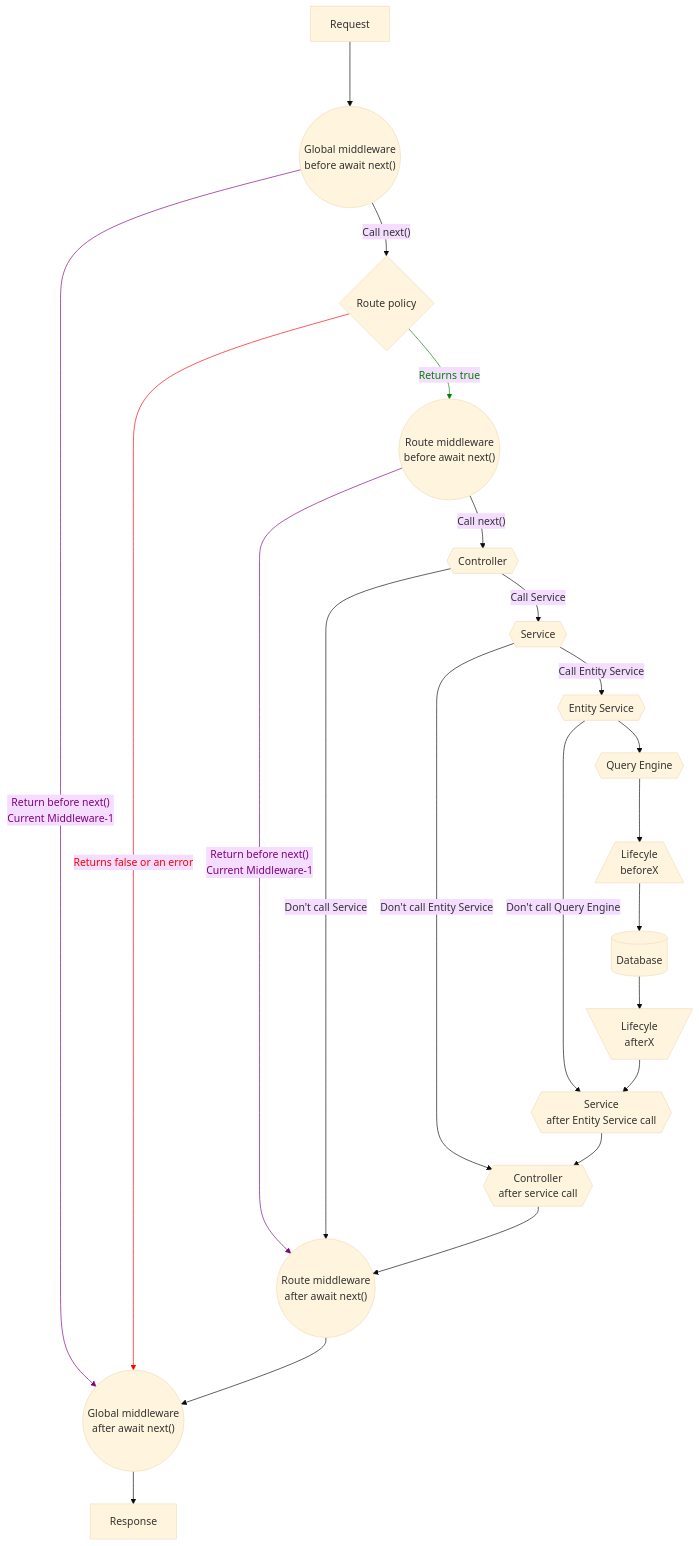
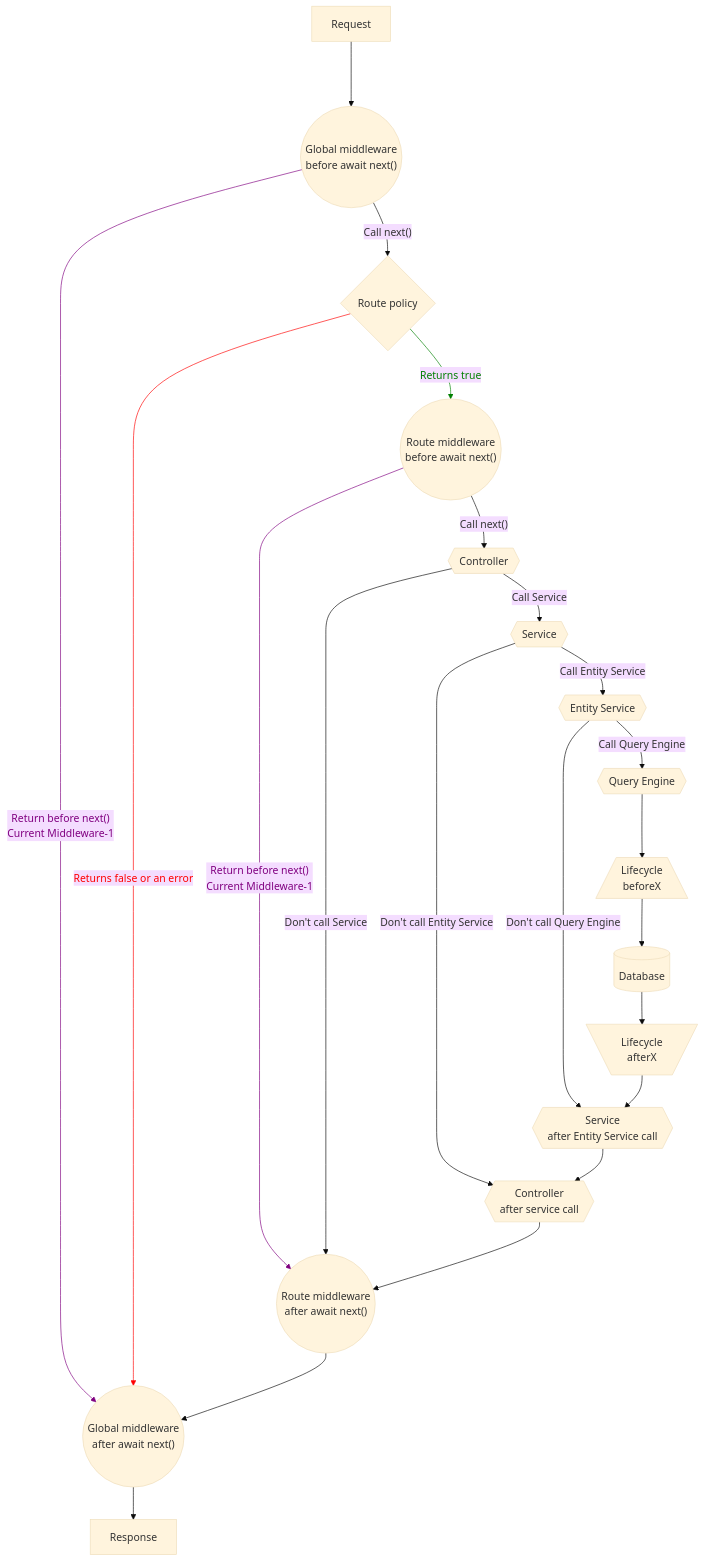
Before and after one commit to strapi/documentation: the diagram in docusaurus/docs/dev-docs/backend-customization.md, drawn with Mermaid (base theme).

Commit message:
Fix diagram text

````diff
--- a/docusaurus/docs/dev-docs/backend-customization.md
+++ b/docusaurus/docs/dev-docs/backend-customization.md
@@ -40,44 +40,44 @@
 ```mermaid
 graph TB
     request[Request] ---> globalMiddlewareA(("Global middleware<br/>before await next()"))
     globalMiddlewareA --"Call next()"--> routePolicy{Route policy}
     globalMiddlewareA --"Return before next()<br> Current Middleware-1"-->globalMiddlewareB
     routePolicy --Returns true--> routeMiddlewareA(("Route middleware<br/>before await next()"))
     routePolicy --Returns false or an error-->globalMiddlewareB
     routeMiddlewareA --"Return before next()<br> Current Middleware-1"-->routeMiddlewareB
     routeMiddlewareA --"Call next()"--> controllerA{{Controller}}
     controllerA --"Call Service"--> serviceA{{Service}}
     controllerA --"Don't call Service" --> routeMiddlewareB
     serviceA --"Call Entity Service" --> entityService{{Entity Service}}
     serviceA --"Don't call Entity Service" --> controllerB
-    entityService --> queryEngineA{{Query Engine}}
+    entityService --"Call Query Engine"--> queryEngine{{Query Engine}}
     entityService --"Don't call Query Engine" --> serviceB
-    queryEngineA --> lifecyclesBefore[/Lifecyle<br> beforeX\] 
-    lifecyclesBefore[/Lifecyle<br> beforeX\] --> database[(Database)]
-    database --> lifecyclesAfter[\Lifecyle<br> afterX/]
+    queryEngine --> lifecyclesBefore[/Lifecycle<br> beforeX\] 
+    lifecyclesBefore[/Lifecycle<br> beforeX\] --> database[(Database)]
+    database --> lifecyclesAfter[\Lifecycle<br> afterX/]
     lifecyclesAfter --> serviceB{{"Service<br/>after Entity Service call"}}
     serviceB --> controllerB{{"Controller<br/>after service call"}}
     controllerB --> routeMiddlewareB(("Route middleware<br/>after await next()"))
     routeMiddlewareB --> globalMiddlewareB(("Global middleware<br/>after await next()"))
     globalMiddlewareB --> response[Response]
     linkStyle 3 stroke:green,color:green
     linkStyle 4 stroke:red,color:red
     linkStyle 2 stroke:purple,color:purple
     linkStyle 5 stroke:purple,color:purple
     click request "/dev-docs/backend-customization/requests-responses"
     click globalMiddlewareA "/dev-docs/backend-customization/middlewares"
     click globalMiddlewareB "/dev-docs/backend-customization/middlewares"
     click routePolicy "/dev-docs/backend-customization/routes"
     click routeMiddlewareA "/dev-docs/backend-customization/routes#middlewares"
     click routeMiddlewareB "/dev-docs/backend-customization/routes#middlewares"
     click controllerA "/dev-docs/backend-customization/controllers"
     click controllerB "/dev-docs/backend-customization/controllers"
     click serviceA "/dev-docs/backend-customization/services"
     click serviceB "/dev-docs/backend-customization/services"
     click entityService "/dev-docs/api/entity-service/"
     click lifecyclesBefore "/dev-docs/backend-customization/models#lifecycle-hooks"
     click queryEngine "/dev-docs/api/query-engine/"
     click lifecyclesAfter "/dev-docs/backend-customization/models#lifecycle-hooks"
     click response "/dev-docs/backend-customization/requests-responses"
     click queryEngine "/dev-docs/api/query-engine"
 ```
````
